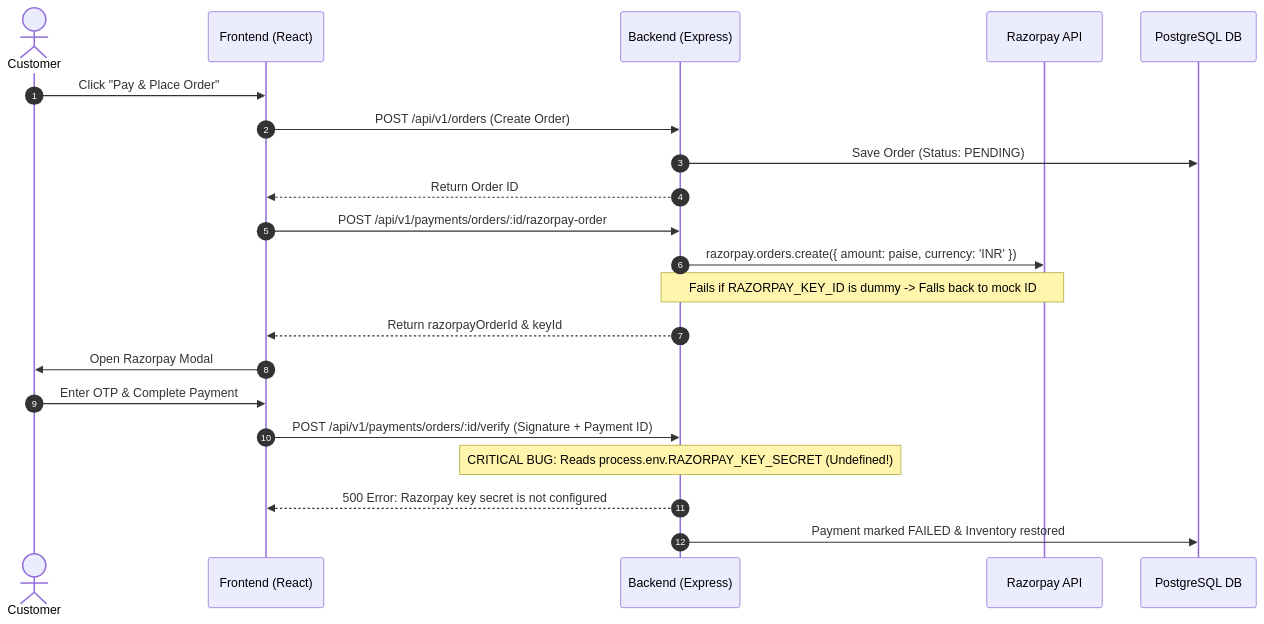
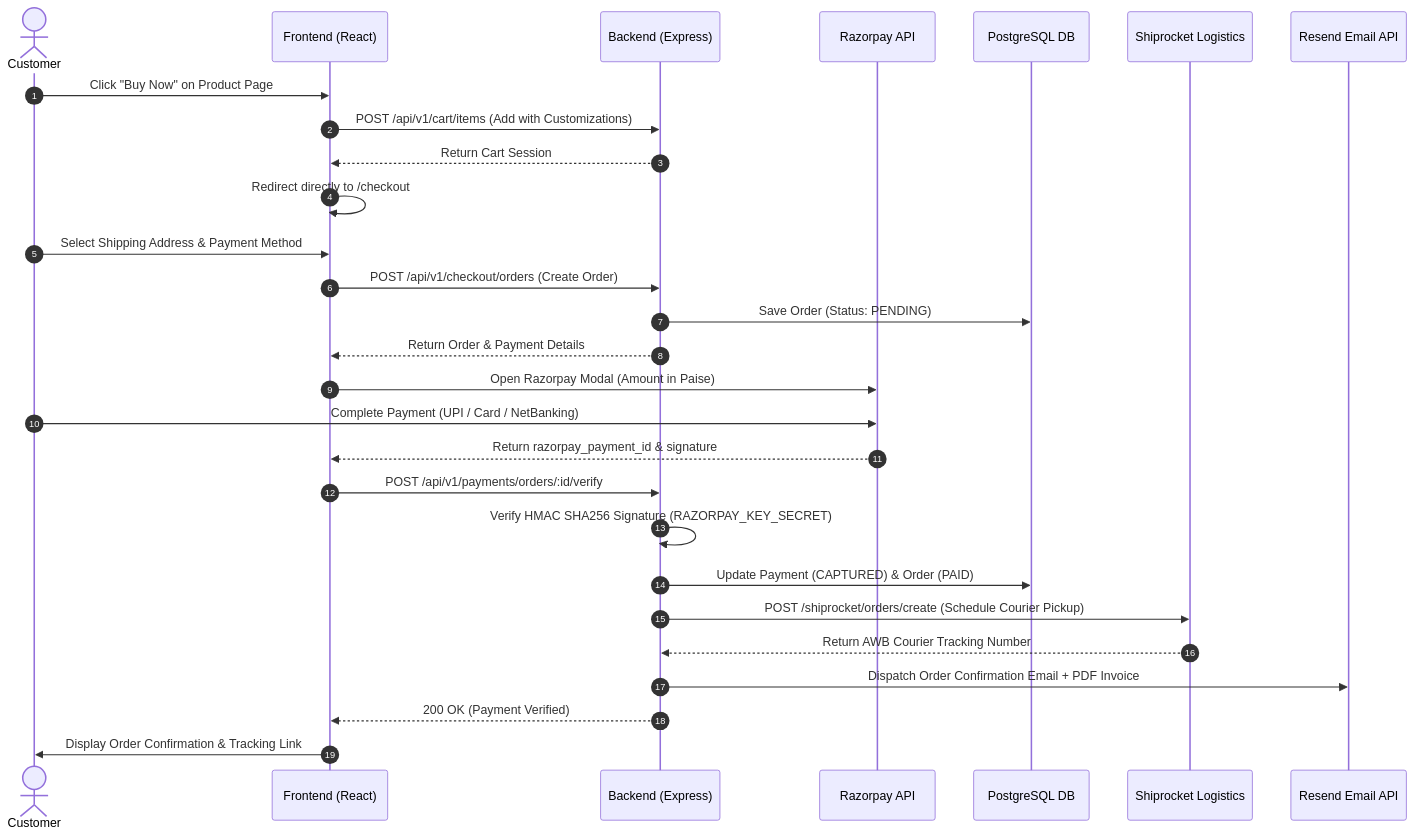
Before and after one commit to sysDrawnest/Two-Threads-Studio: the second of 2 diagrams in docs/Customer Purchase Journey & Production Readiness REPORT..md, drawn with Mermaid. The commit also changed other lines of this file, not shown here.

Commit message:
Update Customer Purchase Journey & Production Readiness REPORT..md

````diff
--- a/docs/Customer Purchase Journey & Production Readiness REPORT..md
+++ b/docs/Customer Purchase Journey & Production Readiness REPORT..md
@@ -132,24 +113,31 @@
 ```mermaid
 sequenceDiagram
     autonumber
     actor Customer
     participant FE as Frontend (React)
     participant BE as Backend (Express)
     participant RZP as Razorpay API
     participant DB as PostgreSQL DB
+    participant LOG as Shiprocket Logistics
+    participant EML as Resend Email API
 
-    Customer->>FE: Click "Pay & Place Order"
-    FE->>BE: POST /api/v1/orders (Create Order)
+    Customer->>FE: Click "Buy Now" on Product Page
+    FE->>BE: POST /api/v1/cart/items (Add with Customizations)
+    BE-->>FE: Return Cart Session
+    FE->>FE: Redirect directly to /checkout
+    Customer->>FE: Select Shipping Address & Payment Method
+    FE->>BE: POST /api/v1/checkout/orders (Create Order)
     BE->>DB: Save Order (Status: PENDING)
-    BE-->>FE: Return Order ID
-    FE->>BE: POST /api/v1/payments/orders/:id/razorpay-order
-    BE->>RZP: razorpay.orders.create({ amount: paise, currency: 'INR' })
-    Note over BE,RZP: Fails if RAZORPAY_KEY_ID is dummy -> Falls back to mock ID
-    BE-->>FE: Return razorpayOrderId & keyId
-    FE->>Customer: Open Razorpay Modal
-    Customer->>FE: Enter OTP & Complete Payment
-    FE->>BE: POST /api/v1/payments/orders/:id/verify (Signature + Payment ID)
-    Note over BE: CRITICAL BUG: Reads process.env.RAZORPAY_KEY_SECRET (Undefined!)
-    BE-->>FE: 500 Error: Razorpay key secret is not configured
-    BE->>DB: Payment marked FAILED & Inventory restored
+    BE-->>FE: Return Order & Payment Details
+    FE->>RZP: Open Razorpay Modal (Amount in Paise)
+    Customer->>RZP: Complete Payment (UPI / Card / NetBanking)
+    RZP-->>FE: Return razorpay_payment_id & signature
+    FE->>BE: POST /api/v1/payments/orders/:id/verify
+    BE->>BE: Verify HMAC SHA256 Signature (RAZORPAY_KEY_SECRET)
+    BE->>DB: Update Payment (CAPTURED) & Order (PAID)
+    BE->>LOG: POST /shiprocket/orders/create (Schedule Courier Pickup)
+    LOG-->>BE: Return AWB Courier Tracking Number
+    BE->>EML: Dispatch Order Confirmation Email + PDF Invoice
+    BE-->>FE: 200 OK (Payment Verified)
+    FE->>Customer: Display Order Confirmation & Tracking Link
 ```
````
